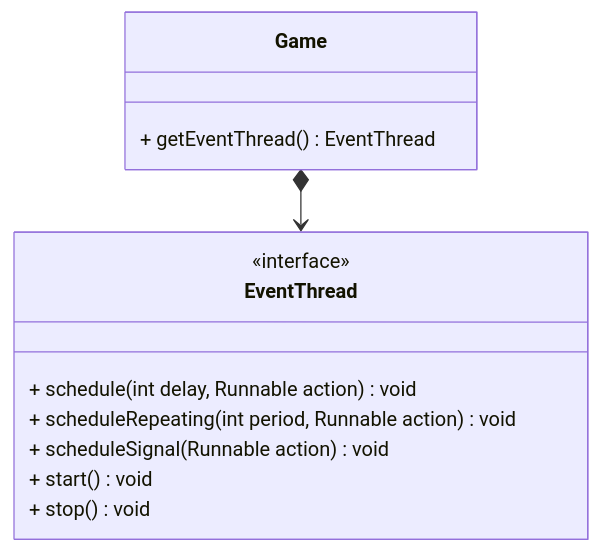
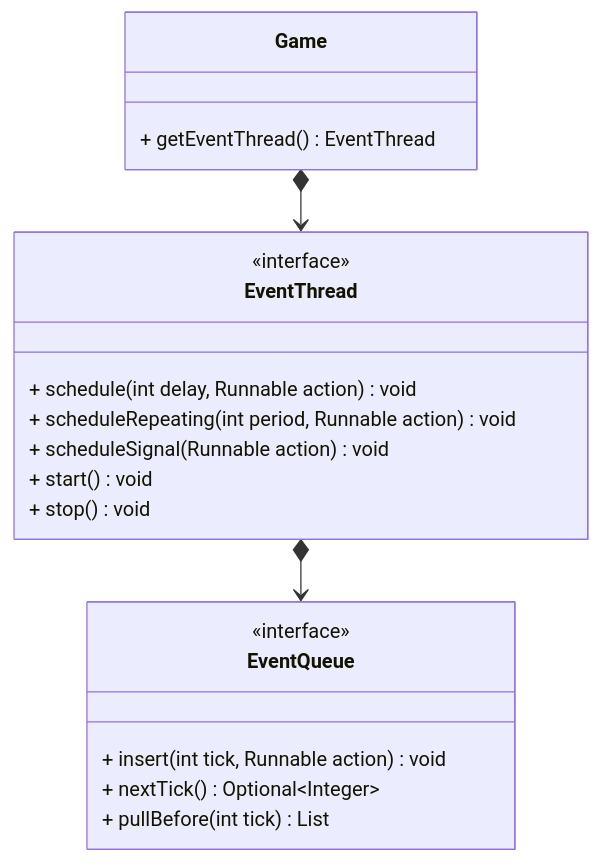
Before and after one commit to PastaCodes/OOP23-fnaf-retro: the fourth of 5 diagrams in report.md, drawn with Mermaid. The commit also changed other lines of this file, not shown here.

````diff
--- a/report.md
+++ b/report.md
@@ -248,15 +248,22 @@
 ```mermaid
 classDiagram
+    class EventQueue {
+        <<interface>>
+        + insert(int tick, Runnable action) void
+        + nextTick() Optional~Integer~
+        + pullBefore(int tick) List<Runnable>
+    }
     class EventThread {
         <<interface>>
         + schedule(int delay, Runnable action) void
         + scheduleRepeating(int period, Runnable action) void
         + scheduleSignal(Runnable action) void
         + start() void
         + stop() void
     }
     class Game {
         + getEventThread() EventThread
     }
     Game *--> EventThread
+    EventThread *--> EventQueue
 ```
````
